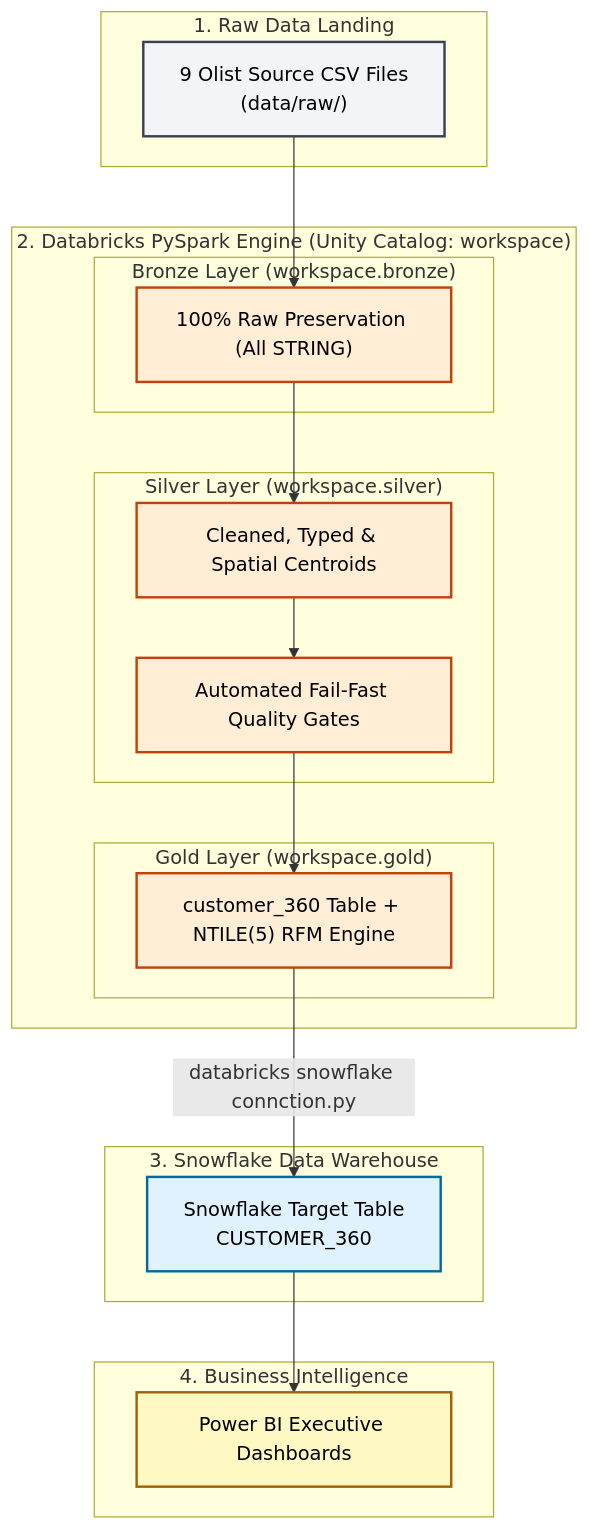
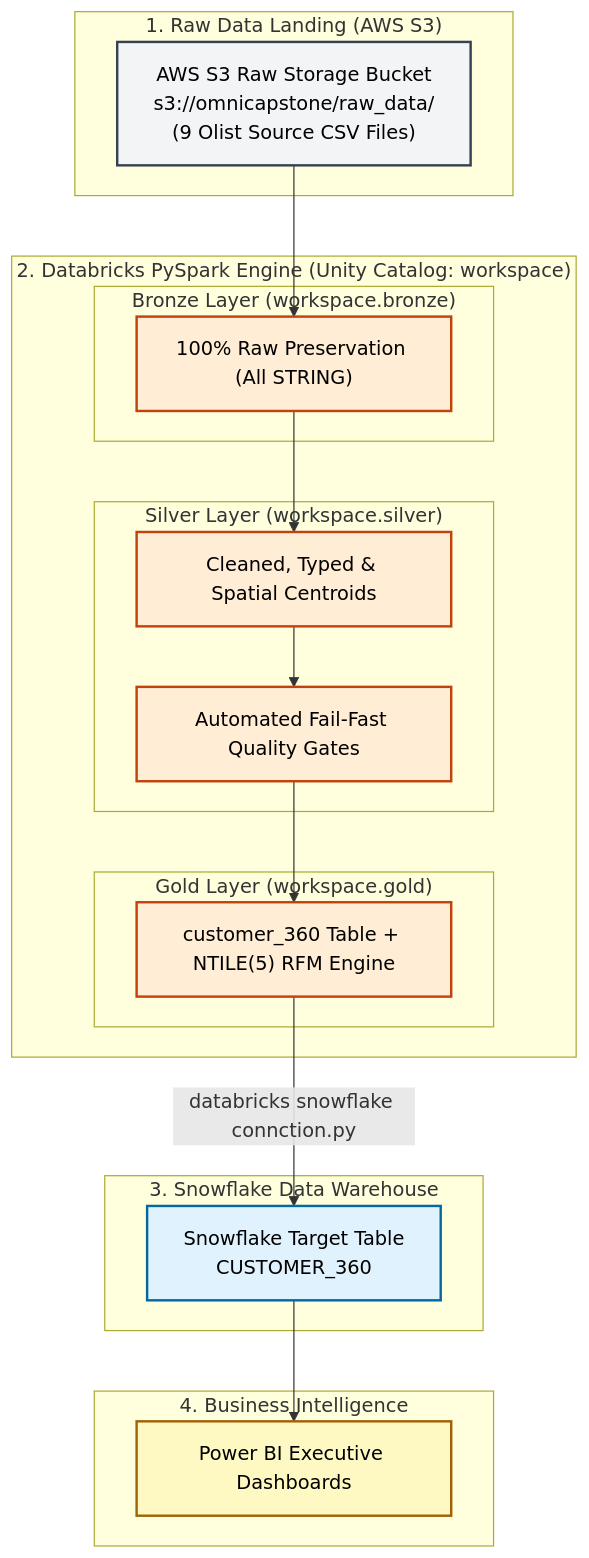
Before and after one commit to TusharNag-Skull/Omnichannel_Customer_Analysis: the diagram in README.md, drawn with Mermaid. The commit also changed other lines of this file, not shown here.

````diff
--- a/README.md
+++ b/README.md
@@ -54,46 +55,46 @@
 ```mermaid
 flowchart TD
-    subgraph DataLanding ["1. Raw Data Landing"]
-        A["9 Olist Source CSV Files<br/>(data/raw/)"]
+    subgraph DataLanding ["1. Raw Data Landing (AWS S3)"]
+        A["AWS S3 Raw Storage Bucket<br/>s3://omnicapstone/raw_data/<br/>(9 Olist Source CSV Files)"]
     end
 
     subgraph Databricks ["2. Databricks PySpark Engine (Unity Catalog: workspace)"]
         subgraph Bronze ["Bronze Layer (workspace.bronze)"]
             B["100% Raw Preservation (All STRING)"]
         end
 
         subgraph Silver ["Silver Layer (workspace.silver)"]
             C["Cleaned, Typed & Spatial Centroids"]
             QG["Automated Fail-Fast Quality Gates"]
         end
 
         subgraph Gold ["Gold Layer (workspace.gold)"]
             D["customer_360 Table + NTILE(5) RFM Engine"]
         end
     end
 
     subgraph Snowflake ["3. Snowflake Data Warehouse"]
         E["Snowflake Target Table<br/>CUSTOMER_360"]
     end
 
     subgraph BI ["4. Business Intelligence"]
         F["Power BI Executive Dashboards"]
     end
 
     A --> B
     B --> C
     C --> QG
     QG --> D
     D -- "databricks snowflake connction.py" --> E
     E --> F
 
     classDef default color:#000000;
     classDef landing fill:#f3f4f6,color:#000000,stroke:#374151,stroke-width:2px;
     classDef databricks fill:#ffedd5,color:#000000,stroke:#c2410c,stroke-width:2px;
     classDef snowflake fill:#e0f2fe,color:#000000,stroke:#0369a1,stroke-width:2px;
     classDef bi fill:#fef9c3,color:#000000,stroke:#a16207,stroke-width:2px;
     class A landing;
     class B,C,QG,D databricks;
     class E snowflake;
     class F bi;
 ```
````
